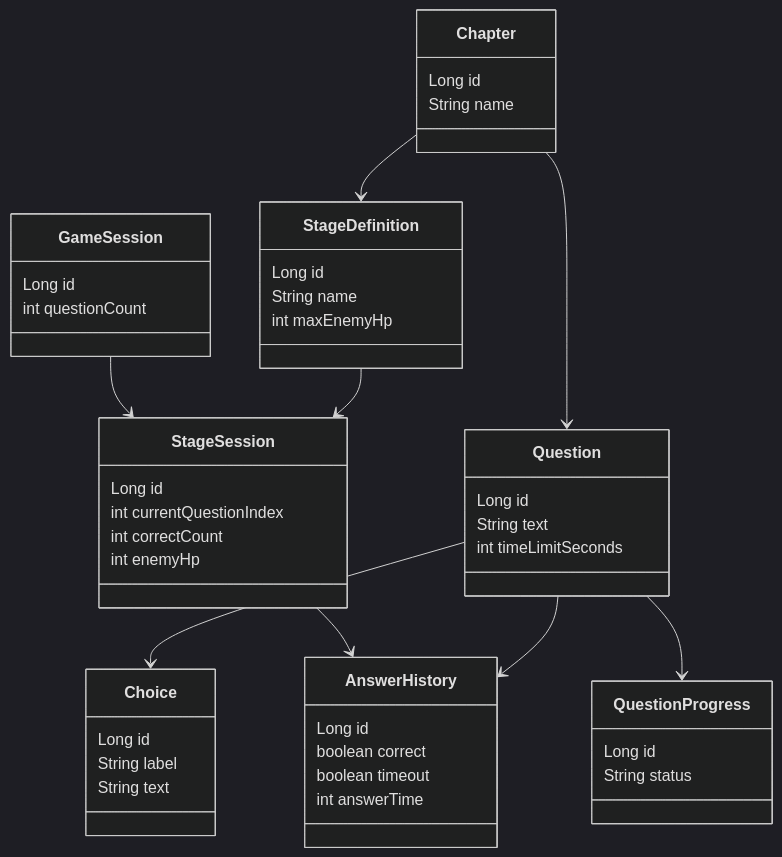
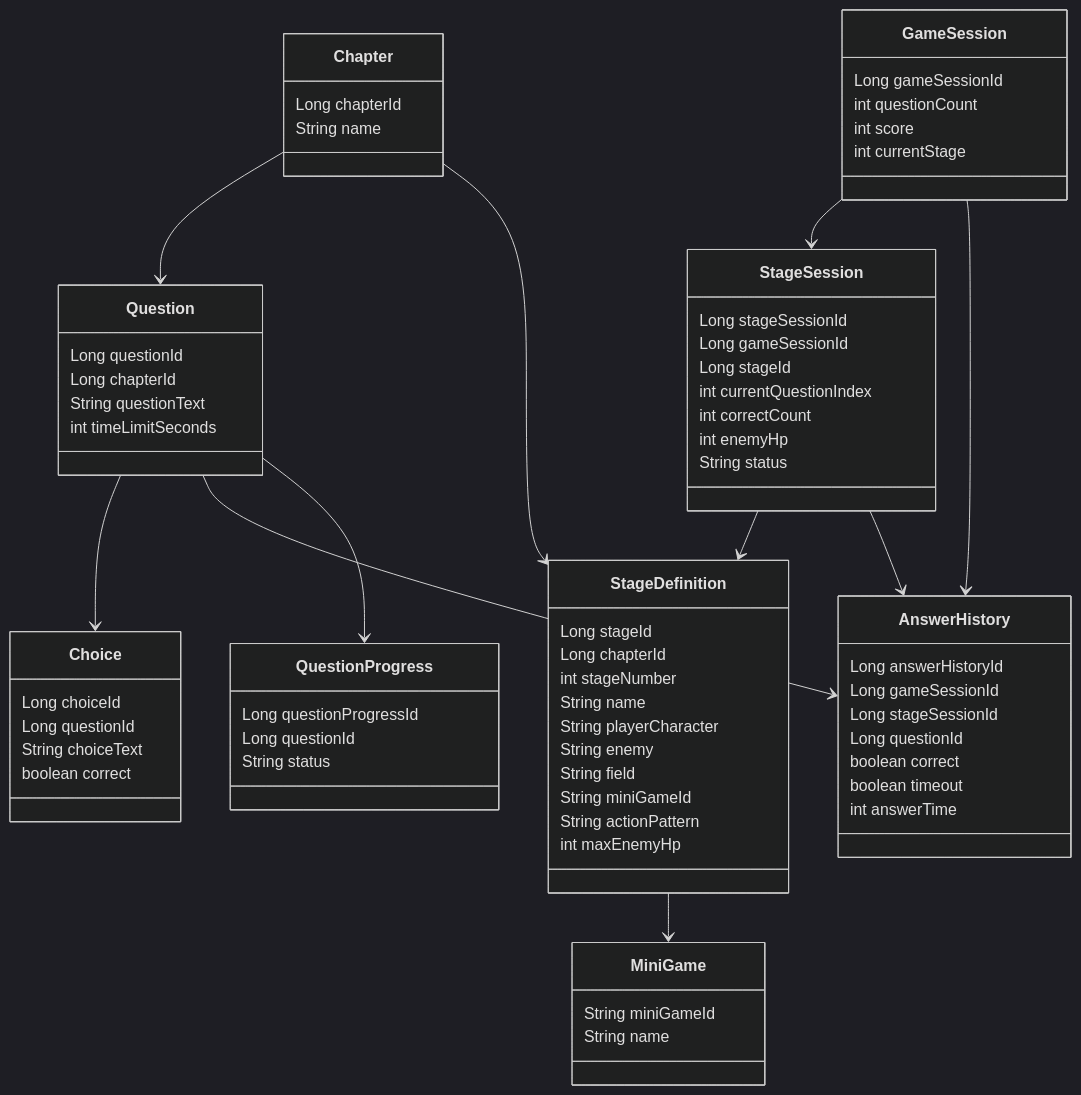
One commit to suu-dev-0203/graduation_JAVAgame changed the first of 2 diagrams in README.md. Above: the diagram before and after it, drawn with Mermaid (dark theme). The commit also changed other lines of this file, not shown here.

````diff
--- a/README.md
+++ b/README.md
@@ -893,58 +337,74 @@
-```mermaid
+``` mermaid
 classDiagram
-    class Chapter {
-        Long id
-        String name
-    }
-
-    class Question {
-        Long id
-        String text
-        int timeLimitSeconds
-    }
-
-    class Choice {
-        Long id
-        String label
-        String text
-    }
-
-    class StageDefinition {
-        Long id
-        String name
-        int maxEnemyHp
-    }
-
-    class GameSession {
-        Long id
-        int questionCount
-    }
-
-    class StageSession {
-        Long id
-        int currentQuestionIndex
-        int correctCount
-        int enemyHp
-    }
-
-    class AnswerHistory {
-        Long id
-        boolean correct
-        boolean timeout
-        int answerTime
-    }
-
-    class QuestionProgress {
-        Long id
-        String status
-    }
-
-    Chapter --> Question
-    Question --> Choice
-    Chapter --> StageDefinition
-    GameSession --> StageSession
-    StageDefinition --> StageSession
-    StageSession --> AnswerHistory
-    Question --> AnswerHistory
-    Question --> QuestionProgress
+class Chapter {
+  Long chapterId
+  String name
+}
+class Question {
+  Long questionId
+  Long chapterId
+  String questionText
+  int timeLimitSeconds
+}
+class Choice {
+  Long choiceId
+  Long questionId
+  String choiceText
+  boolean correct
+}
+class StageDefinition {
+  Long stageId
+  Long chapterId
+  int stageNumber
+  String name
+  String playerCharacter
+  String enemy
+  String field
+  String miniGameId
+  String actionPattern
+  int maxEnemyHp
+}
+class MiniGame {
+  String miniGameId
+  String name
+}
+class GameSession {
+  Long gameSessionId
+  int questionCount
+  int score
+  int currentStage
+}
+class StageSession {
+  Long stageSessionId
+  Long gameSessionId
+  Long stageId
+  int currentQuestionIndex
+  int correctCount
+  int enemyHp
+  String status
+}
+class AnswerHistory {
+  Long answerHistoryId
+  Long gameSessionId
+  Long stageSessionId
+  Long questionId
+  boolean correct
+  boolean timeout
+  int answerTime
+}
+class QuestionProgress {
+  Long questionProgressId
+  Long questionId
+  String status
+}
+Chapter --> Question
+Question --> Choice
+Chapter --> StageDefinition
+StageDefinition --> MiniGame
+GameSession --> StageSession
+StageSession --> StageDefinition
+StageSession --> AnswerHistory
+GameSession --> AnswerHistory
+Question --> AnswerHistory
+Question --> QuestionProgress
 ```
````
